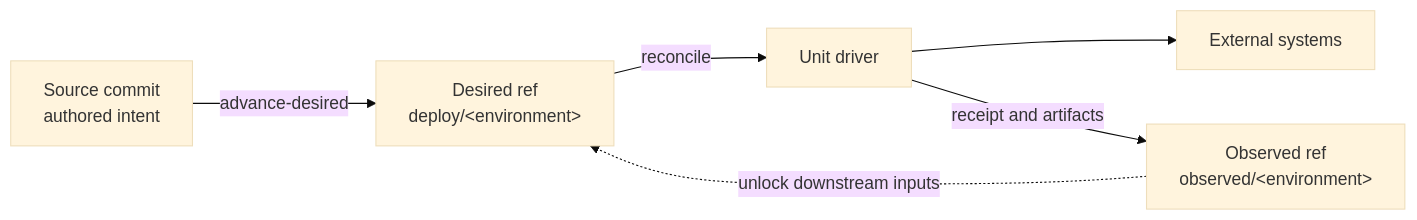
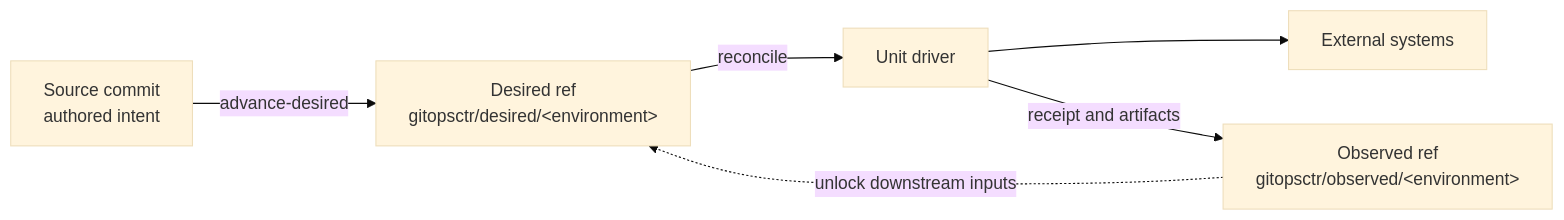
Before and after one commit to NiklasRosenstein/gitopsctr: the first of 2 diagrams in docs/concepts.md, drawn with Mermaid (base theme). The commit also changed other lines of this file and 26 other files, not shown here.

````diff
--- a/docs/concepts.md
+++ b/docs/concepts.md
@@ -6,8 +6,8 @@
 ```mermaid
 flowchart LR
-  source["Source commit<br/>authored intent"] -->|advance-desired| desired["Desired ref<br/>deploy/&lt;environment&gt;"]
+  source["Source commit<br/>authored intent"] -->|advance-desired| desired["Desired ref<br/>gitopsctr/desired/&lt;environment&gt;"]
   desired -->|reconcile| driver["Unit driver"]
   driver --> systems["External systems"]
-  driver -->|receipt and artifacts| observed["Observed ref<br/>observed/&lt;environment&gt;"]
+  driver -->|receipt and artifacts| observed["Observed ref<br/>gitopsctr/observed/&lt;environment&gt;"]
   observed -.->|unlock downstream inputs| desired
 ```
````
